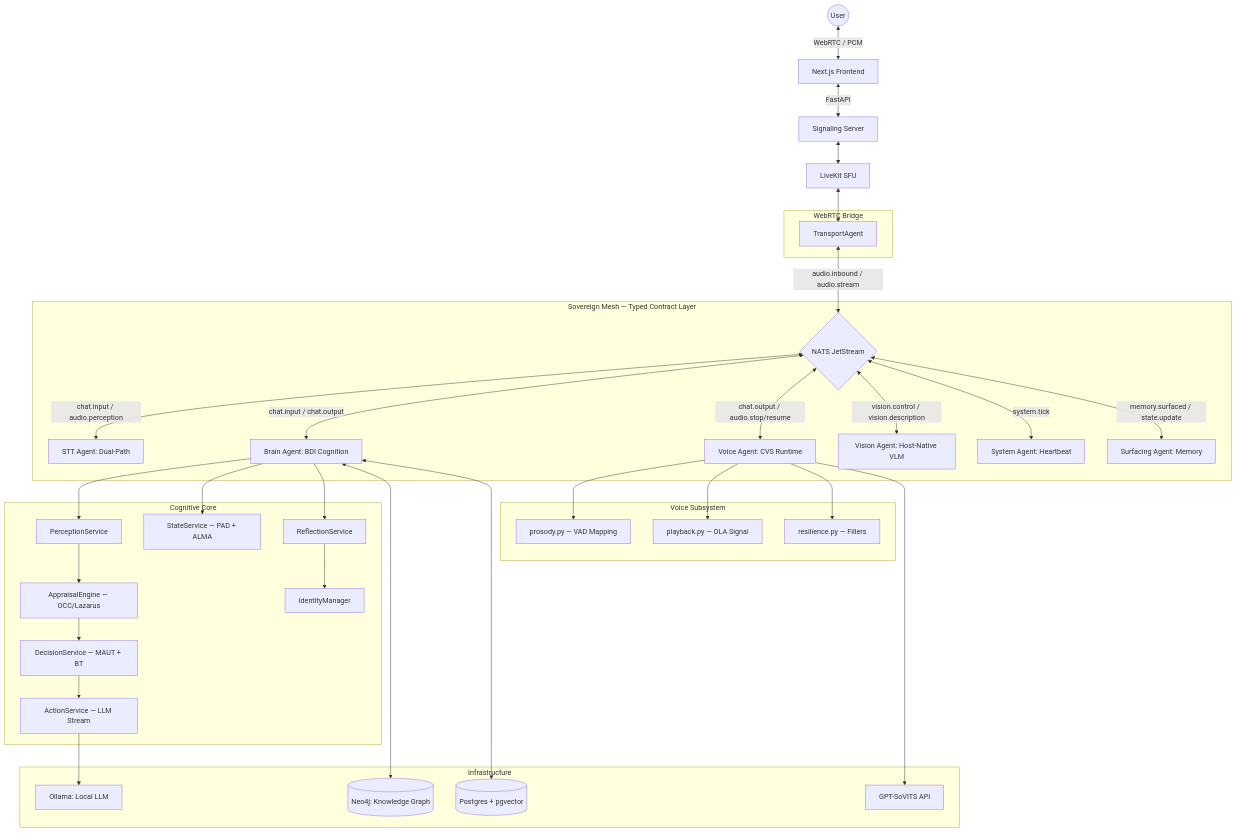
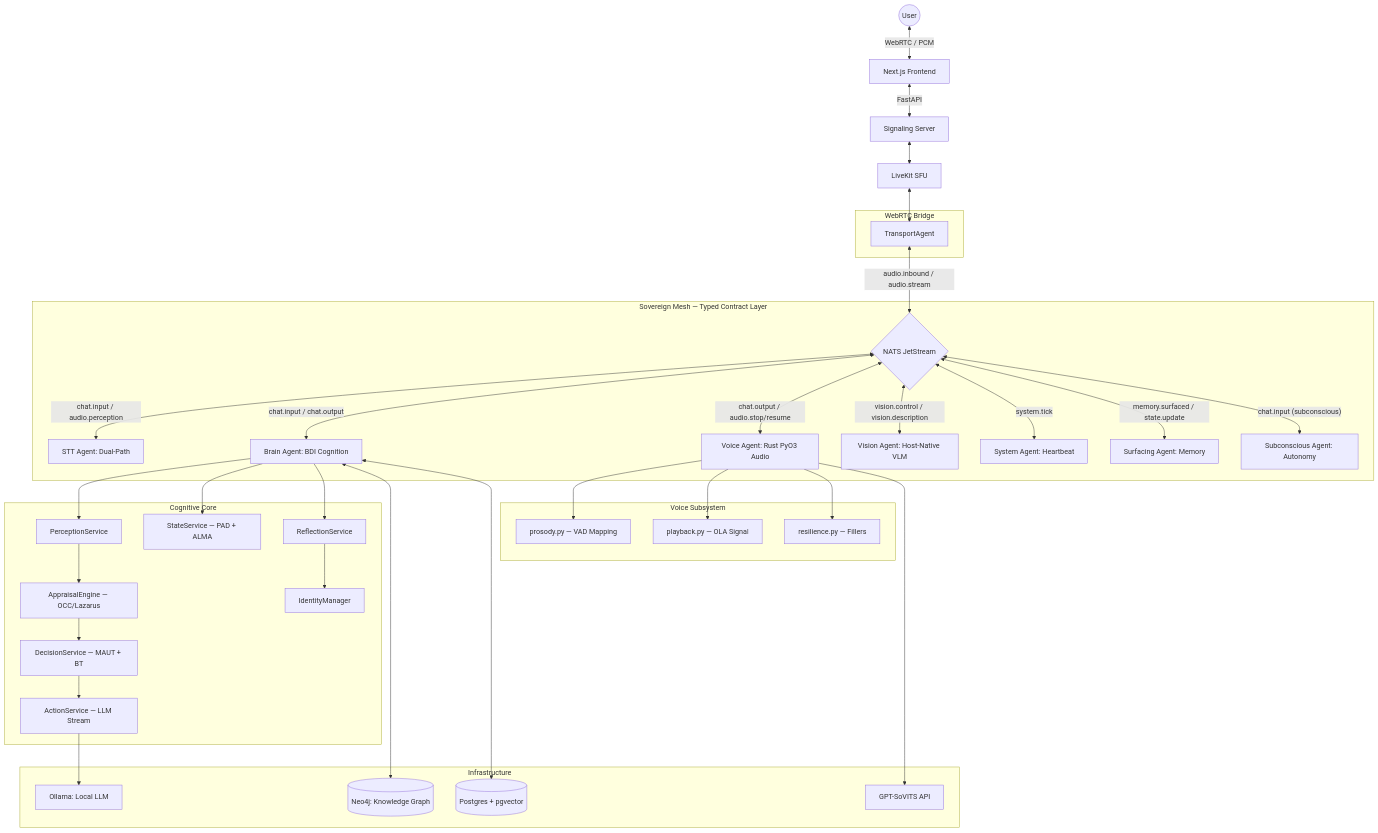
One commit to Aniket-a14/AI_friend changed the first of 2 diagrams in README.md. Above: the diagram before and after it, drawn with Mermaid. The commit also changed other lines of this file and 10 other files, not shown here.

Commit message:
docs: update documentation for architecture, installation, research, and API specifications while updating security and project guidelines.

````diff
--- a/README.md
+++ b/README.md
@@ -64,53 +64,54 @@
 ```mermaid
 graph TD
     User((User)) <--> |"WebRTC / PCM"| Frontend["Next.js Frontend"]
     Frontend <--> |"FastAPI"| Signaling["Signaling Server"]
 
     subgraph "WebRTC Bridge"
         Transport["TransportAgent"]
     end
 
     Signaling <--> LK["LiveKit SFU"]
     LK <--> Transport
 
     subgraph "Sovereign Mesh — Typed Contract Layer"
         Transport <--> |"audio.inbound / audio.stream"| Bus{"NATS JetStream"}
         Bus <--> |"chat.input / audio.perception"| STT["STT Agent: Dual-Path"]
         Bus <--> |"chat.input / chat.output"| Brain["Brain Agent: BDI Cognition"]
-        Bus <--> |"chat.output / audio.stop/resume"| Voice["Voice Agent: CVS Runtime"]
+        Bus <--> |"chat.output / audio.stop/resume"| Voice["Voice Agent: Rust PyO3 Audio"]
         Bus <--> |"vision.control / vision.description"| Vision["Vision Agent: Host-Native VLM"]
         Bus <--> |"system.tick"| Pulse["System Agent: Heartbeat"]
         Bus <--> |"memory.surfaced / state.update"| Recall["Surfacing Agent: Memory"]
+        Bus <--> |"chat.input (subconscious)"| Subconscious["Subconscious Agent: Autonomy"]
     end
 
     subgraph "Cognitive Core"
         Perception["PerceptionService"]
         Appraisal["AppraisalEngine — OCC/Lazarus"]
         Decision["DecisionService — MAUT + BT"]
         Action["ActionService — LLM Stream"]
         State["StateService — PAD + ALMA"]
         Learning["ReflectionService"]
         Identity["IdentityManager"]
     end
 
     Brain --> Perception --> Appraisal --> Decision --> Action
     Brain --> State
     Brain --> Learning --> Identity
 
     subgraph "Voice Subsystem"
         Prosody["prosody.py — VAD Mapping"]
         Playback["playback.py — OLA Signal"]
         Resilience["resilience.py — Fillers"]
     end
 
     Voice --> Prosody
     Voice --> Playback
     Voice --> Resilience
 
     subgraph "Infrastructure"
         Brain <--> Neo4j[("Neo4j: Knowledge Graph")]
         Brain <--> Postgres[("Postgres + pgvector")]
         Action --> Ollama["Ollama: Local LLM"]
         Voice --> SoVITS["GPT-SoVITS API"]
     end
 ```
````
